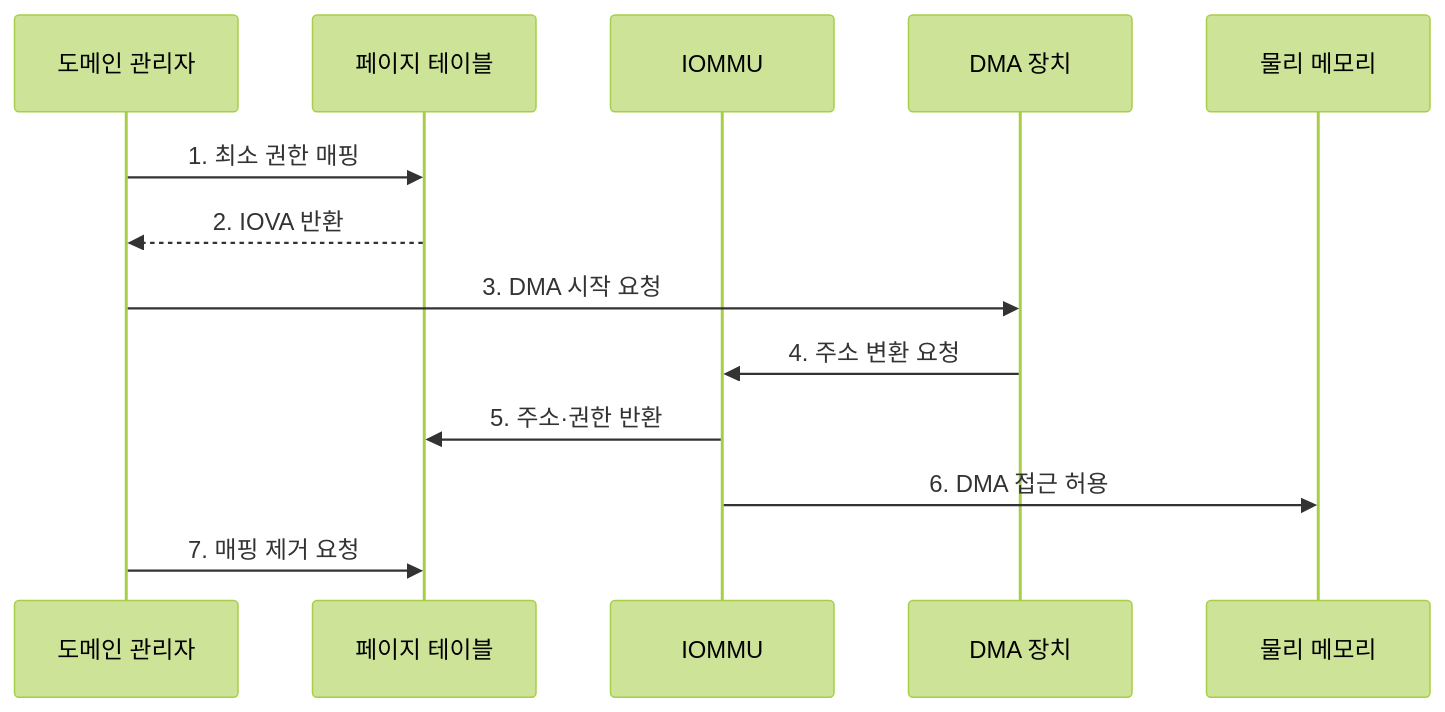
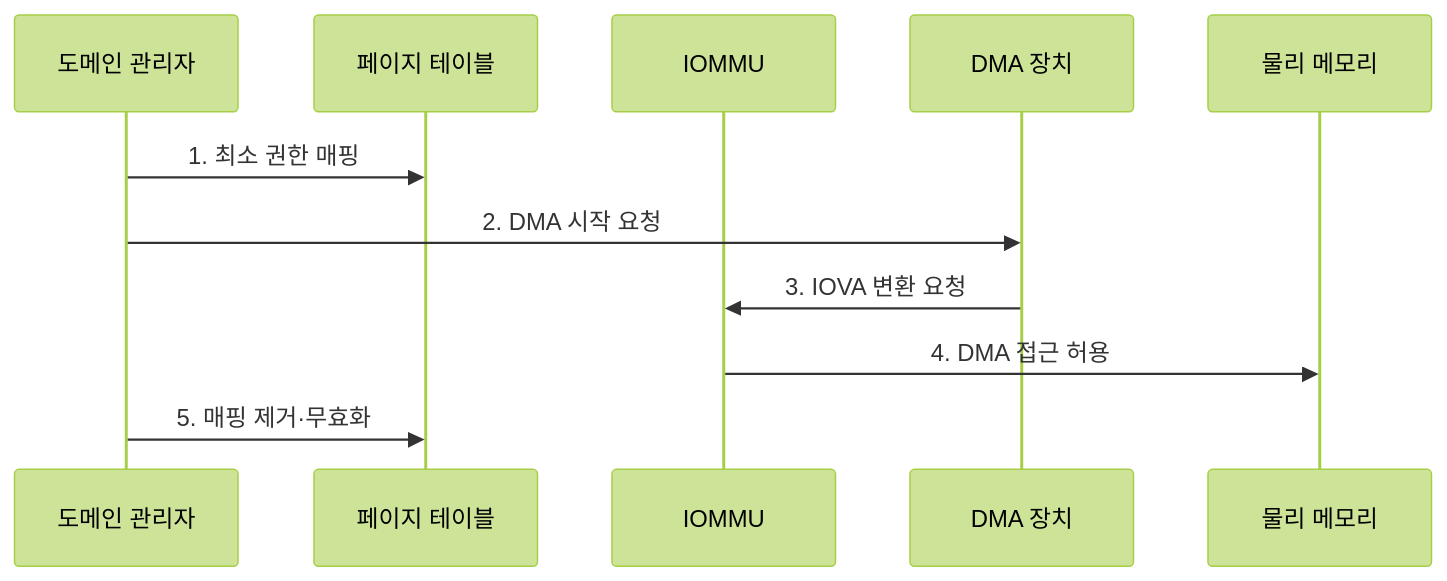
One commit to agnusdei1207/knowledge-base changed the second of 2 diagrams in src/content/docs/notes/02-hardware/086_iommu.md. Above: the diagram before and after it, drawn with Mermaid (forest theme). The commit also changed other lines of this file and 86 other files, not shown here.

````diff
--- a/src/content/docs/notes/02-hardware/086_iommu.md
+++ b/src/content/docs/notes/02-hardware/086_iommu.md
@@ -82,15 +84,13 @@
 ```mermaid
 sequenceDiagram
     participant R as 도메인 관리자
     participant T as 페이지 테이블
     participant I as IOMMU
     participant D as DMA 장치
     participant M as 물리 메모리
     R->>T: 1. 최소 권한 매핑
-    T-->>R: 2. IOVA 반환
-    R->>D: 3. DMA 시작 요청
-    D->>I: 4. 주소 변환 요청
-    I->>T: 5. 주소·권한 반환
-    I->>M: 6. DMA 접근 허용
-    R->>T: 7. 매핑 제거 요청
+    R->>D: 2. DMA 시작 요청
+    D->>I: 3. IOVA 변환 요청
+    I->>M: 4. DMA 접근 허용
+    R->>T: 5. 매핑 제거·무효화
 ```
````
